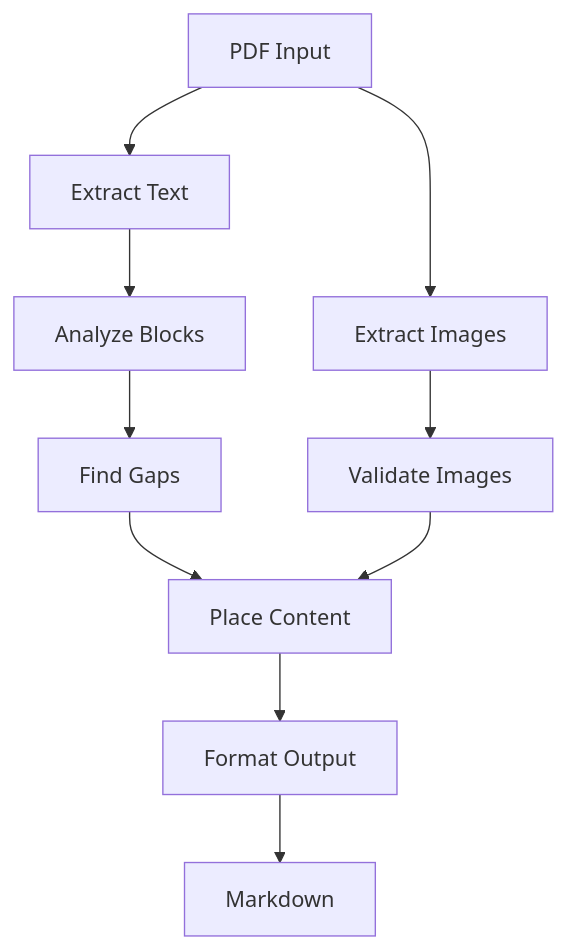
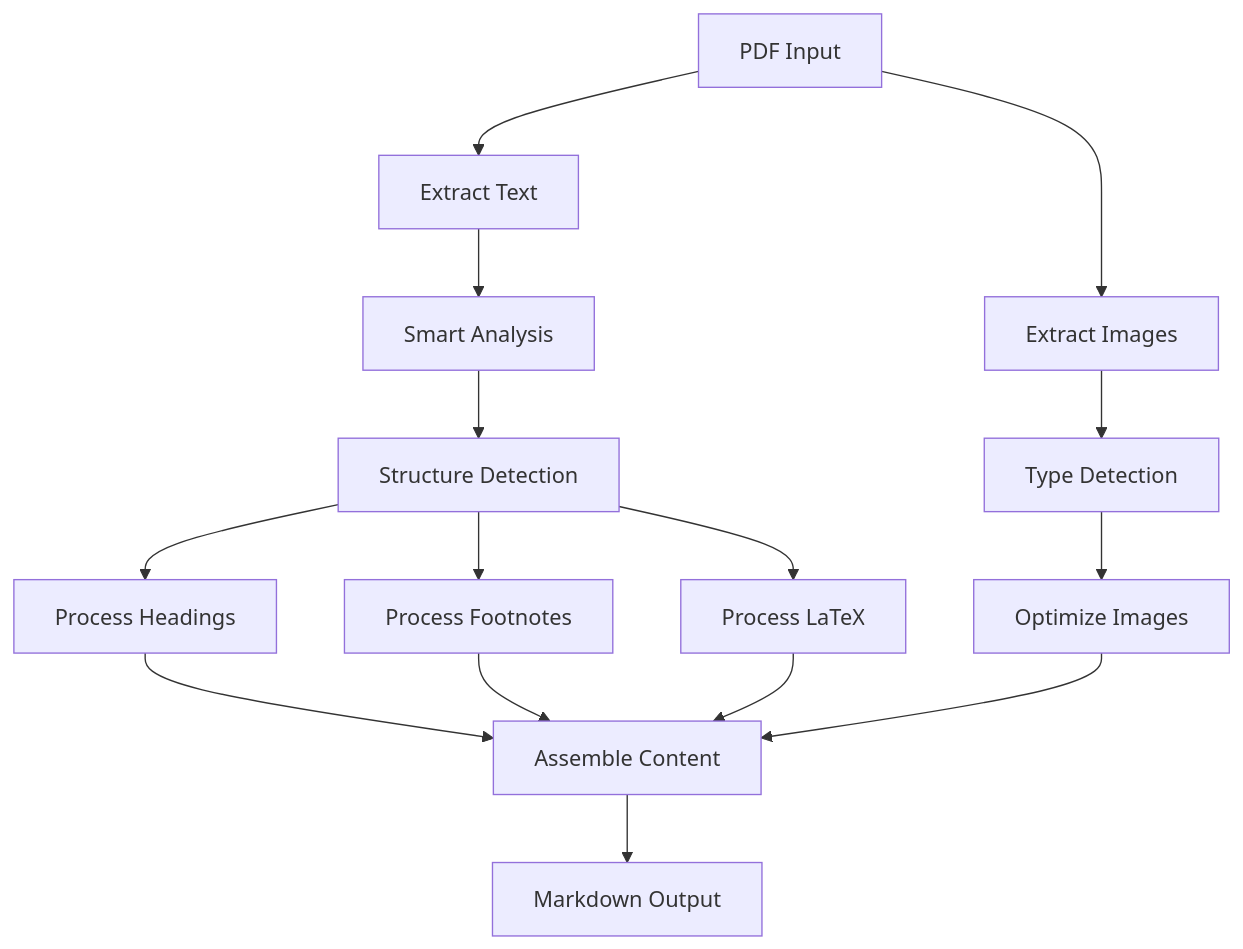
The third of 8 diagrams in memory-bank/systemPatterns.md (Shades-24/pdf2md-core), drawn with Mermaid before and after one commit. The commit also changed other lines of this file and 25 other files, not shown here.

````diff
--- a/memory-bank/systemPatterns.md
+++ b/memory-bank/systemPatterns.md
@@ -40,12 +44,17 @@
 ```mermaid
 flowchart TD
     Input[PDF Input] --> Text[Extract Text]
     Input --> Images[Extract Images]
-    Text --> Blocks[Analyze Blocks]
-    Blocks --> Gaps[Find Gaps]
-    Images --> Validate[Validate Images]
-    Gaps --> Place[Place Content]
-    Validate --> Place
-    Place --> Format[Format Output]
-    Format --> Output[Markdown]
+    Text --> Analyze[Smart Analysis]
+    Images --> TypeDetect[Type Detection]
+    Analyze --> Structure[Structure Detection]
+    Structure --> Headings[Process Headings]
+    Structure --> Footnotes[Process Footnotes]
+    Structure --> Equations[Process LaTeX]
+    TypeDetect --> Optimize[Optimize Images]
+    Headings --> Assemble[Assemble Content]
+    Footnotes --> Assemble
+    Equations --> Assemble
+    Optimize --> Assemble
+    Assemble --> Output[Markdown Output]
 ```
````
